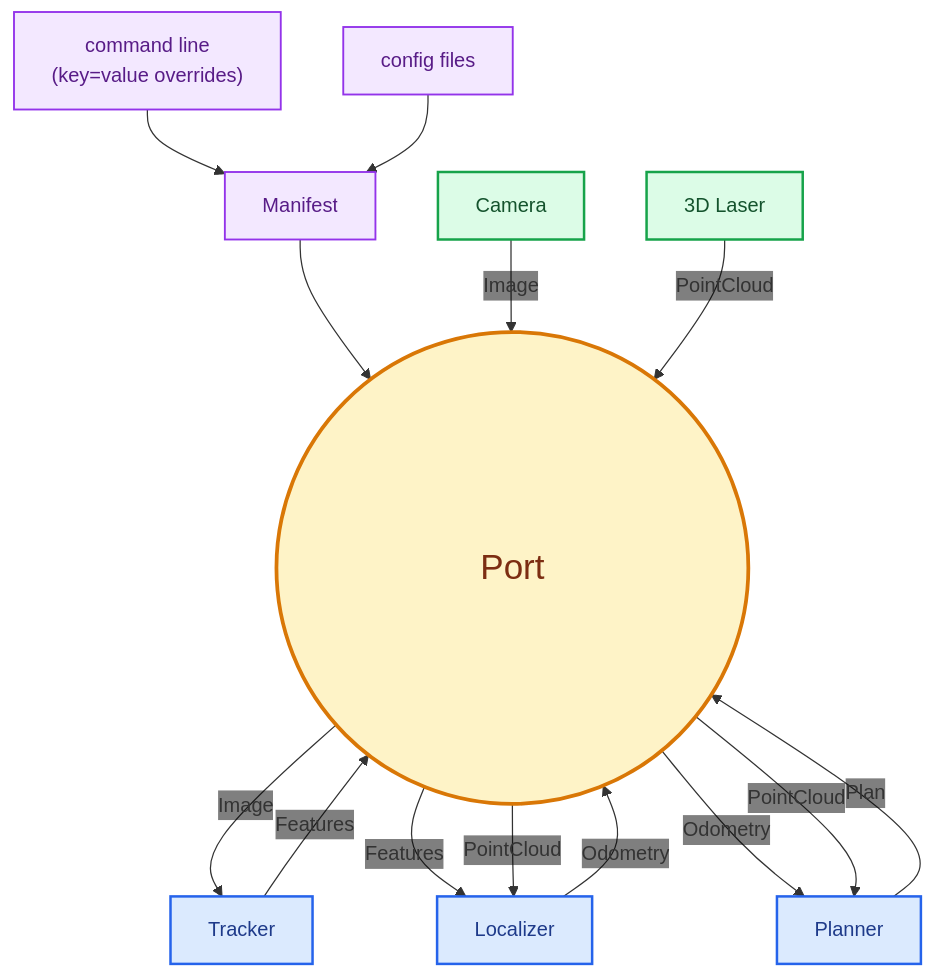
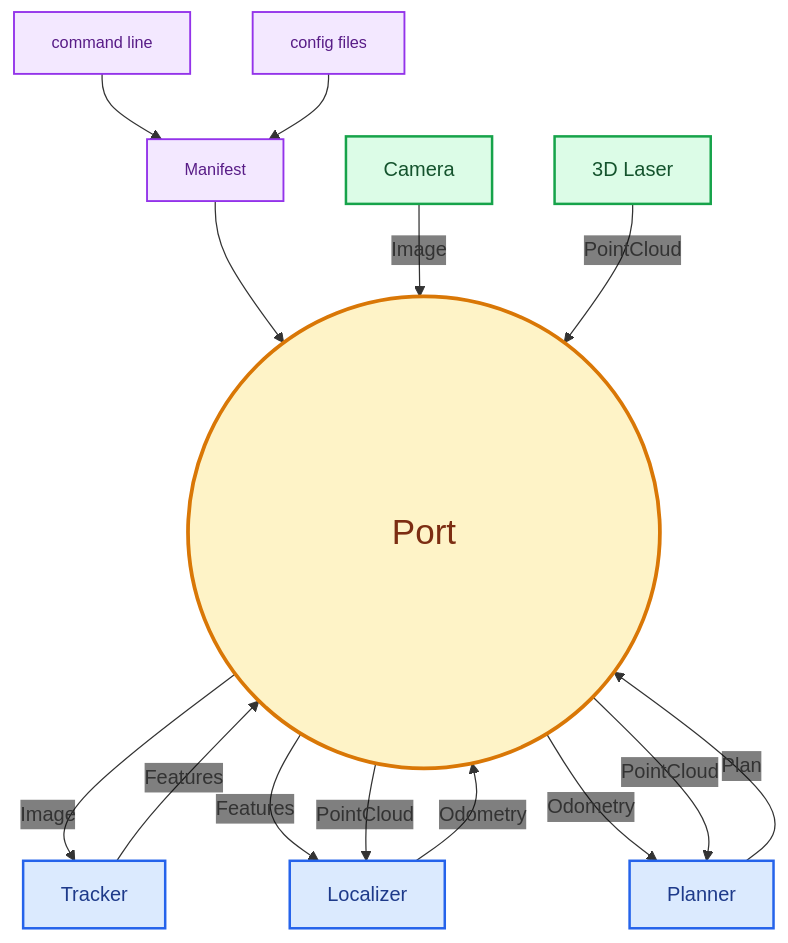
The first of 2 diagrams in README.md (ajakhotia/nioc), drawn with Mermaid before and after one commit.

Commit message:
docs(readme): improve readme

````diff
--- a/README.md
+++ b/README.md
@@ -203,41 +203,37 @@
 ```mermaid
 %%{init: {"themeVariables": {"edgeLabelBackground": "transparent"}}}%%
 flowchart TB
-  classDef input     fill:#f3e8ff,stroke:#9333ea,stroke-width:1.5px,color:#581c87;
+  classDef input     fill:#f3e8ff,stroke:#9333ea,stroke-width:1.5px,color:#581c87,font-size:13px;
   classDef driver    fill:#dcfce7,stroke:#16a34a,stroke-width:2px,color:#14532d;
   classDef component fill:#dbeafe,stroke:#2563eb,stroke-width:2px,color:#1e3a8a;
   classDef port      fill:#fef3c7,stroke:#d97706,stroke-width:3px,color:#7c2d12,font-size:28px;
-  classDef anchor    fill:transparent,stroke:transparent,color:transparent;
 
-  CLI["command line<br/>(key=value overrides)"]:::input
+  CLI["command line"]:::input
   FILES["config files"]:::input
   MANIFEST["Manifest"]:::input
 
   CAM["Camera"]:::driver
   LASER["3D Laser"]:::driver
 
   PORT(("&nbsp;<br/>&nbsp;<br/>&nbsp;&nbsp;&nbsp;&nbsp;&nbsp;&nbsp;&nbsp;&nbsp;&nbsp;&nbsp;&nbsp;&nbsp;&nbsp;&nbsp;&nbsp;&nbsp;&nbsp;&nbsp;&nbsp;&nbsp;Port&nbsp;&nbsp;&nbsp;&nbsp;&nbsp;&nbsp;&nbsp;&nbsp;&nbsp;&nbsp;&nbsp;&nbsp;&nbsp;&nbsp;&nbsp;&nbsp;&nbsp;&nbsp;&nbsp;&nbsp;<br/>&nbsp;<br/>&nbsp;")):::port
-
-  a1(( )):::anchor
 
   TRK["Tracker"]:::component
   LOC["Localizer"]:::component
   PLN["Planner"]:::component
 
   CLI --> MANIFEST
   FILES --> MANIFEST
   MANIFEST --> PORT
 
   CAM -- "Image" --> PORT
   LASER -- "PointCloud" --> PORT
 
-  PORT ~~~ a1
   PORT -- "Image" --> TRK
   TRK -- "Features" --> PORT
   PORT -- "Features" --> LOC
   PORT -- "PointCloud" --> LOC
   LOC -- "Odometry" --> PORT
   PORT -- "Odometry" --> PLN
   PORT -- "PointCloud" --> PLN
   PLN -- "Plan" --> PORT
 ```
````
